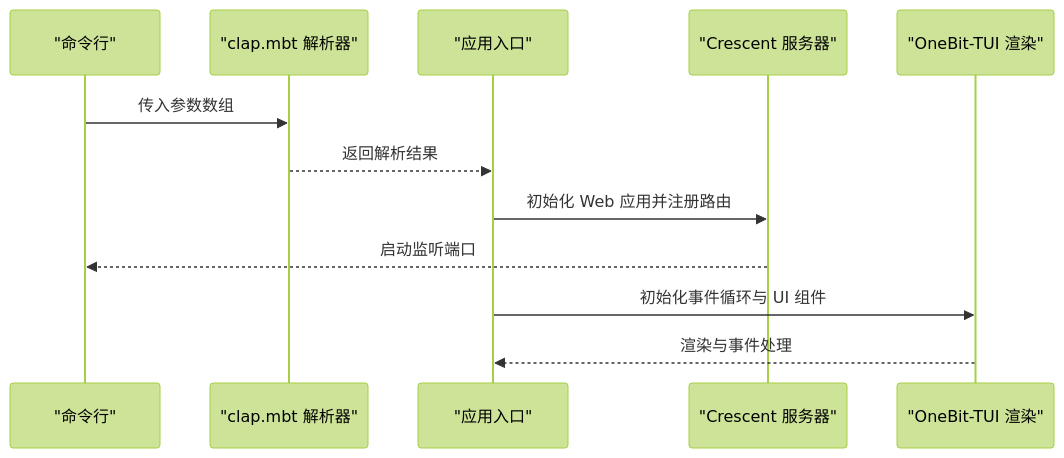
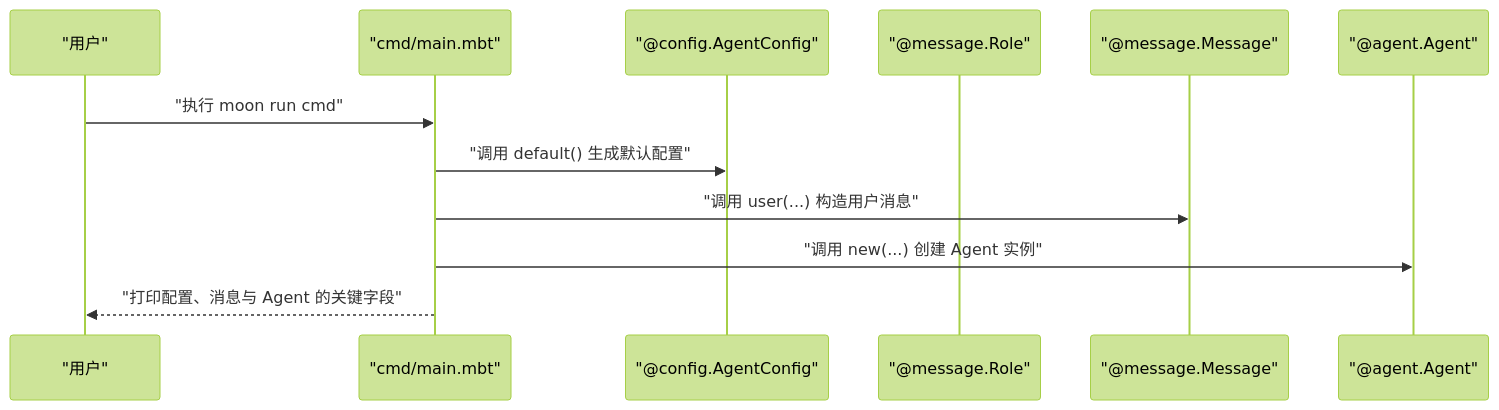
The third of 7 diagrams in .qoder/repowiki/zh/content/快速开始.md (hnlyxiaobing/MBOpenClacky), drawn with Mermaid (forest theme) before and after one commit. The commit also changed other lines of this file and 61 other files, not shown here.

First line of the commit message:
docs(repowiki): regenerate zh RepoWiki to match MoonBit module layout

````diff
--- a/.qoder/repowiki/zh/content/快速开始.md
+++ b/.qoder/repowiki/zh/content/快速开始.md
@@ -65,14 +106,14 @@
 ```mermaid
 sequenceDiagram
-participant CLI as "命令行"
-participant CLAP as "clap.mbt 解析器"
-participant APP as "应用入口"
-participant CR as "Crescent 服务器"
-participant TUI as "OneBit-TUI 渲染"
-CLI->>CLAP : 传入参数数组
-CLAP-->>APP : 返回解析结果
-APP->>CR : 初始化 Web 应用并注册路由
-CR-->>CLI : 启动监听端口
-APP->>TUI : 初始化事件循环与 UI 组件
-TUI-->>APP : 渲染与事件处理
+participant U as "用户"
+participant M as "cmd/main.mbt"
+participant C as "@config.AgentConfig"
+participant R as "@message.Role"
+participant MS as "@message.Message"
+participant A as "@agent.Agent"
+U->>M : "执行 moon run cmd"
+M->>C : "调用 default() 生成默认配置"
+M->>MS : "调用 user(...) 构造用户消息"
+M->>A : "调用 new(...) 创建 Agent 实例"
+M-->>U : "打印配置、消息与 Agent 的关键字段"
 ```
````
